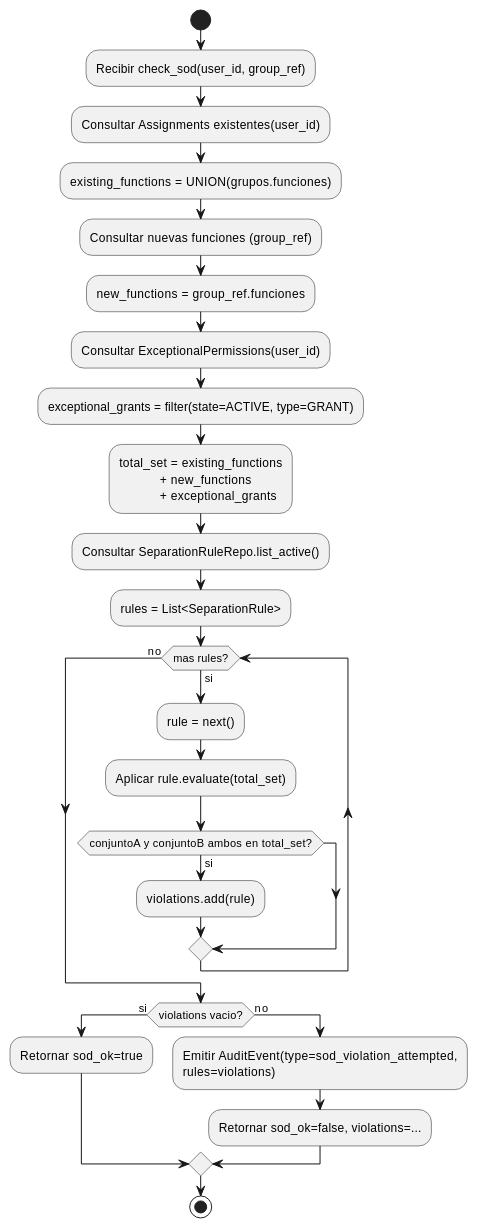
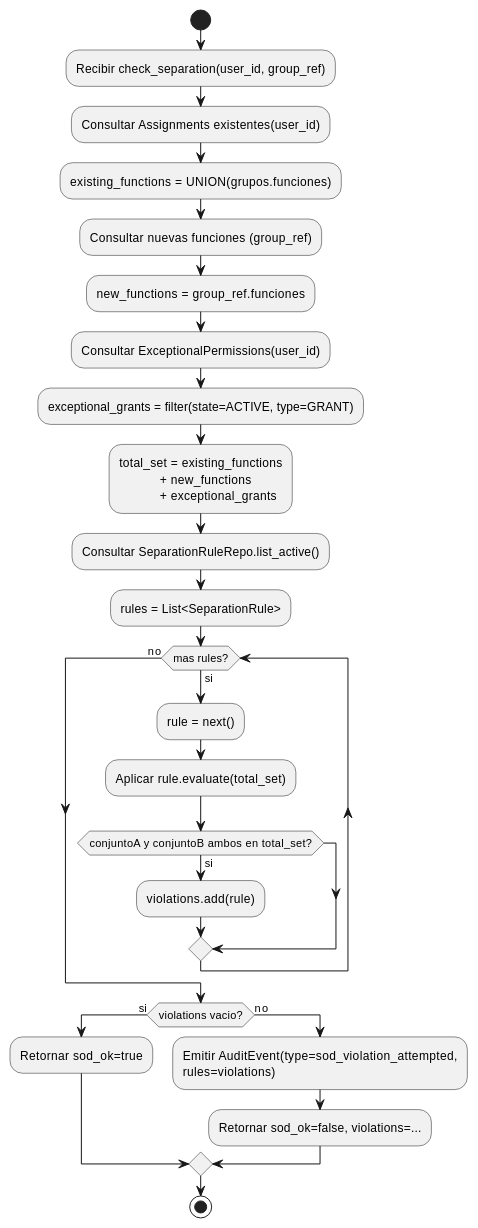
Before and after one commit to jcg-admin/IACT-docs: the diagram in source/arquitectura-tecnica/design-view/act-validacion-separacion.rst, drawn with PlantUML. The commit also changed other lines of this file and 32 other files, not shown here.

```diff
--- a/source/arquitectura-tecnica/design-view/act-validacion-separacion.rst
+++ b/source/arquitectura-tecnica/design-view/act-validacion-separacion.rst
@@ -28,43 +28,43 @@
 .. uml::
- :caption: Flujo SoD check — antes de cualquier mutacion RBAC.
+ :caption: Flujo separation check — antes de cualquier mutacion RBAC.
 
  @startuml
 
  start
- :Recibir check_sod(user_id, group_ref);
+ :Recibir check_separation(user_id, group_ref);
 
  :Consultar Assignments existentes(user_id);
  :existing_functions = UNION(grupos.funciones);
 
  :Consultar nuevas funciones (group_ref);
  :new_functions = group_ref.funciones;
 
  :Consultar ExceptionalPermissions(user_id);
  :exceptional_grants = filter(state=ACTIVE, type=GRANT);
 
  :total_set = existing_functions
               + new_functions
               + exceptional_grants;
 
  :Consultar SeparationRuleRepo.list_active();
  :rules = List<SeparationRule>;
 
  while (mas rules?) is (si)
    :rule = next();
    :Aplicar rule.evaluate(total_set);
    if (conjuntoA y conjuntoB ambos en total_set?) then (si)
      :violations.add(rule);
    endif
  endwhile (no)
 
  if (violations vacio?) then (si)
    :Retornar sod_ok=true;
  else (no)
    :Emitir AuditEvent(type=sod_violation_attempted,
    rules=violations);
    :Retornar sod_ok=false, violations=...;
  endif
 
  stop
 
  @enduml
```
